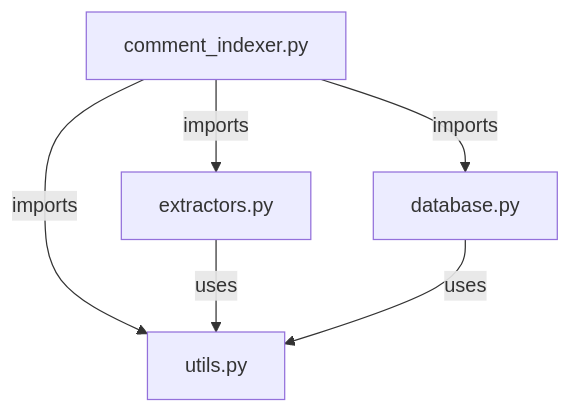
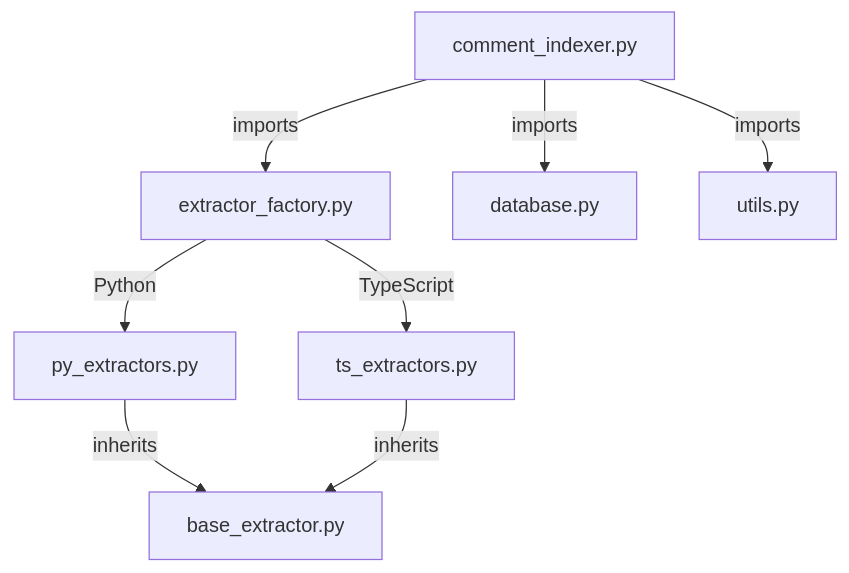
Before and after one commit to dogedodge/py-comment-indexer: the diagram in docs/tech-design.md, drawn with Mermaid. The commit also changed other lines of this file and 6 other files, not shown here.

````diff
--- a/docs/tech-design.md
+++ b/docs/tech-design.md
@@ -5,8 +5,10 @@
 ```mermaid
 graph TD
-    A[comment_indexer.py] -->|imports| B[extractors.py]
-    A -->|imports| C[database.py]
-    A -->|imports| D[utils.py]
-    B -->|uses| D
-    C -->|uses| D
+    A[comment_indexer.py] -->|imports| B[extractor_factory.py]
+    B -->|Python| C[py_extractors.py]
+    B -->|TypeScript| D[ts_extractors.py]
+    A -->|imports| E[database.py]
+    A -->|imports| F[utils.py]
+    C -->|inherits| G[base_extractor.py]
+    D -->|inherits| G[base_extractor.py]
 ```
````
